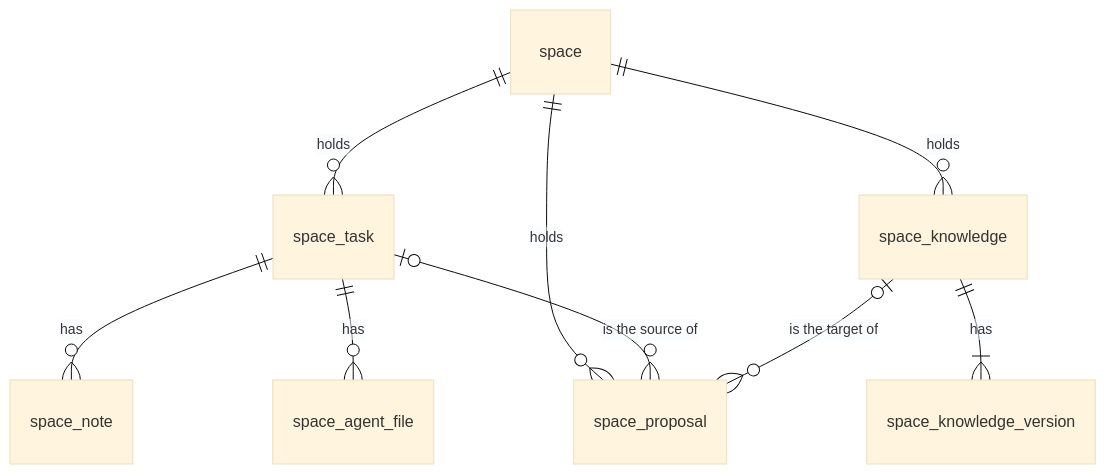
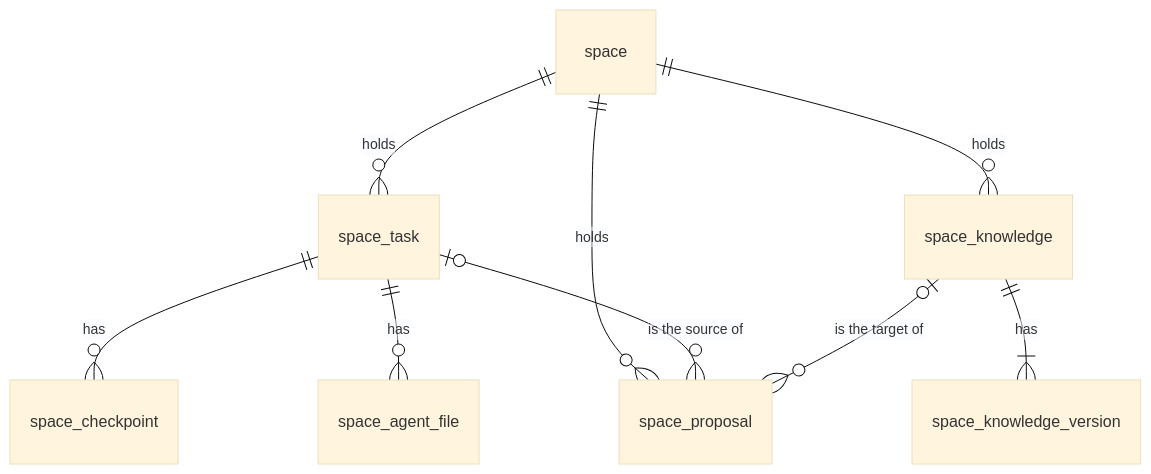
The diagram in lib/docs/architecture/data-model.md (lorebayai/lorebay), drawn with Mermaid (base theme) before and after one commit. The commit also changed other lines of this file and 56 other files, not shown here.

````diff
--- a/lib/docs/architecture/data-model.md
+++ b/lib/docs/architecture/data-model.md
@@ -93,11 +93,11 @@
 ```mermaid
 erDiagram
     space ||--o{ space_task : "holds"
     space ||--o{ space_knowledge : "holds"
     space ||--o{ space_proposal : "holds"
-    space_task ||--o{ space_note : "has"
+    space_task ||--o{ space_checkpoint : "has"
     space_task ||--o{ space_agent_file : "has"
     space_task |o--o{ space_proposal : "is the source of"
     space_knowledge ||--|{ space_knowledge_version : "has"
     space_knowledge |o--o{ space_proposal : "is the target of"
 ```
````
